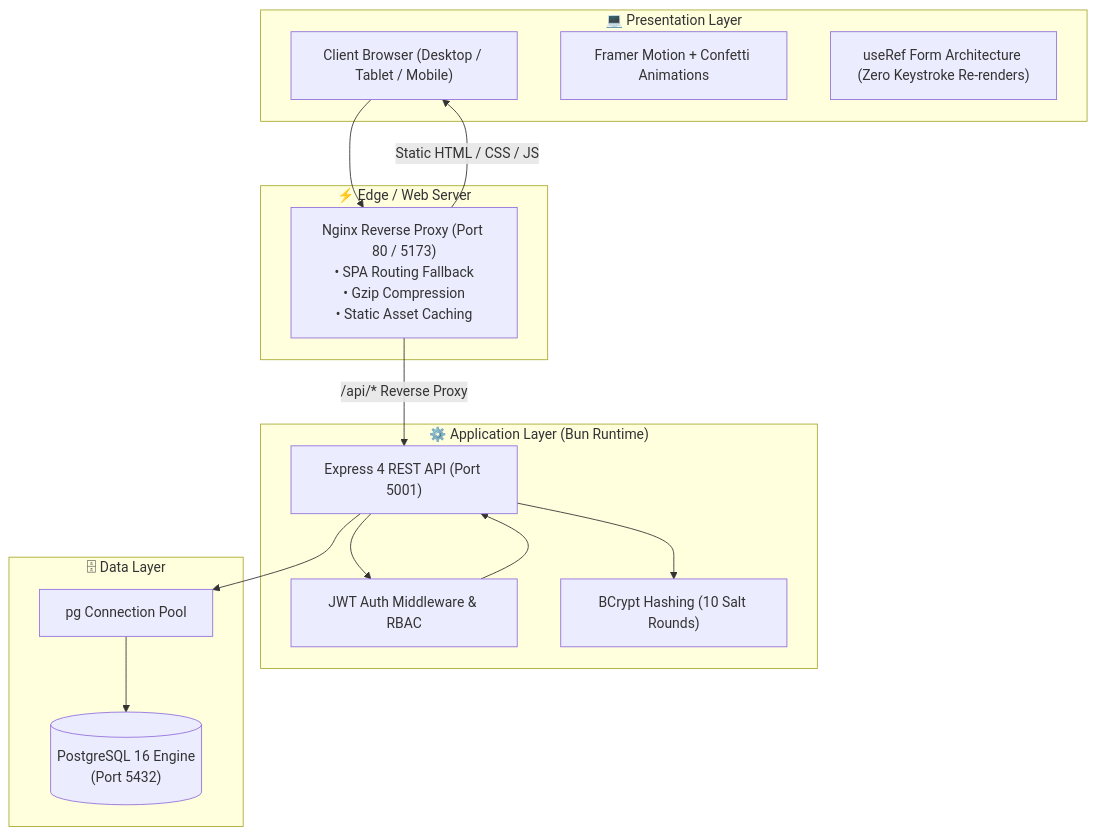
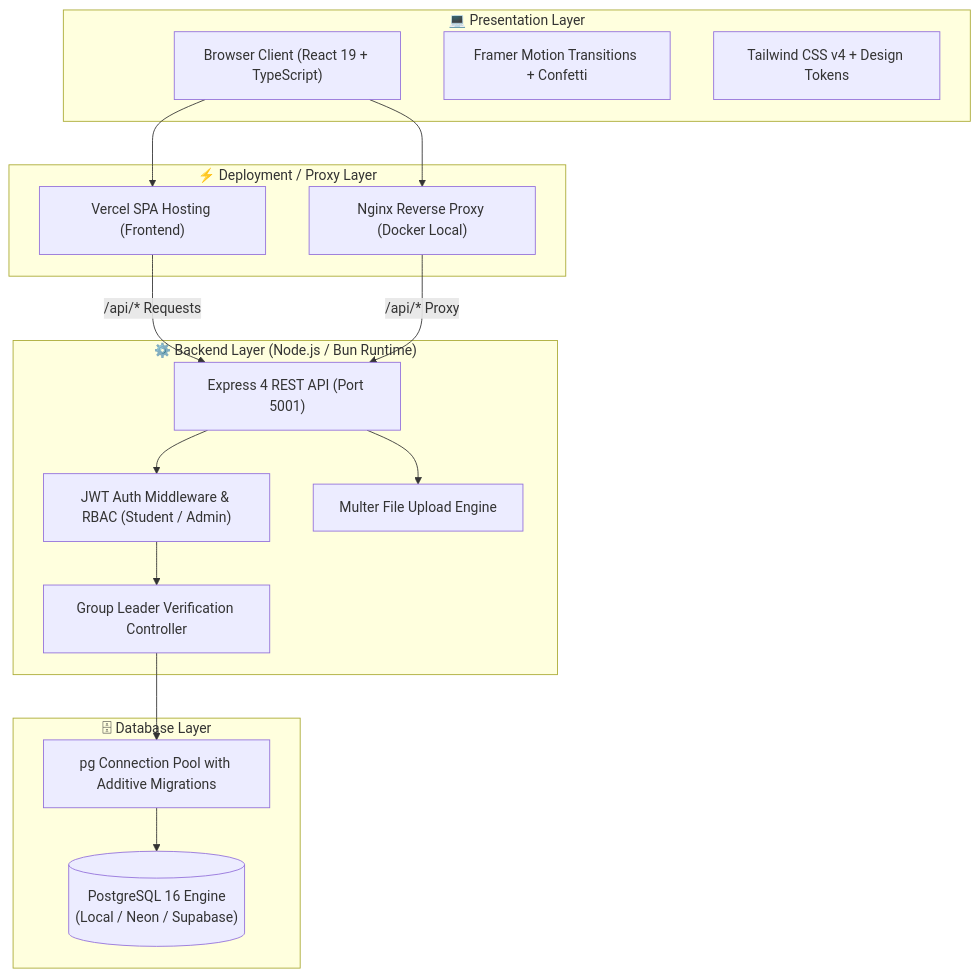
The first of 2 diagrams in README.md (Rishu7011/student-group-assignment-system), drawn with Mermaid before and after one commit. The commit also changed other lines of this file, not shown here.

Commit message:
docs: update README with Round 2 features, courses hierarchy, leader logic, unsubmit workflow, and demo seed credentials

````diff
--- a/README.md
+++ b/README.md
@@ -73,32 +104,35 @@
 ```mermaid
 graph TB
     subgraph ClientLayer [" 💻 Presentation Layer "]
-        Client["Client Browser (Desktop / Tablet / Mobile)"]
-        FramerMotion["Framer Motion + Confetti Animations"]
-        UseRefState["useRef Form Architecture (Zero Keystroke Re-renders)"]
+        Client["Browser Client (React 19 + TypeScript)"]
+        FramerMotion["Framer Motion Transitions + Confetti"]
+        TailwindCSS["Tailwind CSS v4 + Design Tokens"]
     end
 
-    subgraph ProxyLayer [" ⚡ Edge / Web Server "]
-        Nginx["Nginx Reverse Proxy (Port 80 / 5173)\n• SPA Routing Fallback\n• Gzip Compression\n• Static Asset Caching"]
+    subgraph EdgeLayer [" ⚡ Deployment / Proxy Layer "]
+        Vercel["Vercel SPA Hosting (Frontend)"]
+        Nginx["Nginx Reverse Proxy (Docker Local)"]
     end
 
-    subgraph AppLayer [" ⚙️ Application Layer (Bun Runtime) "]
-        Backend["Express 4 REST API (Port 5001)"]
-        AuthMid["JWT Auth Middleware & RBAC"]
-        BCrypt["BCrypt Hashing (10 Salt Rounds)"]
+    subgraph AppLayer [" ⚙️ Backend Layer (Node.js / Bun Runtime) "]
+        Express["Express 4 REST API (Port 5001)"]
+        AuthMid["JWT Auth Middleware & RBAC (Student / Admin)"]
+        Multer["Multer File Upload Engine"]
+        LeaderAuth["Group Leader Verification Controller"]
     end
 
-    subgraph DataLayer [" 🗄 Data Layer "]
-        Postgres[("PostgreSQL 16 Engine\n(Port 5432)")]
-        Pool["pg Connection Pool"]
+    subgraph DataLayer [" 🗄 Database Layer "]
+        Postgres[("PostgreSQL 16 Engine\n(Local / Neon / Supabase)")]
+        Pool["pg Connection Pool with Additive Migrations"]
     end
 
+    Client --> Vercel
     Client --> Nginx
-    Nginx -->|Static HTML / CSS / JS| Client
-    Nginx -->|/api/* Reverse Proxy| Backend
-    Backend --> AuthMid
-    AuthMid --> Backend
-    Backend --> BCrypt
-    Backend --> Pool
+    Vercel -->|/api/* Requests| Express
+    Nginx -->|/api/* Proxy| Express
+    Express --> AuthMid
+    AuthMid --> LeaderAuth
+    Express --> Multer
+    LeaderAuth --> Pool
     Pool --> Postgres
 ```
````
